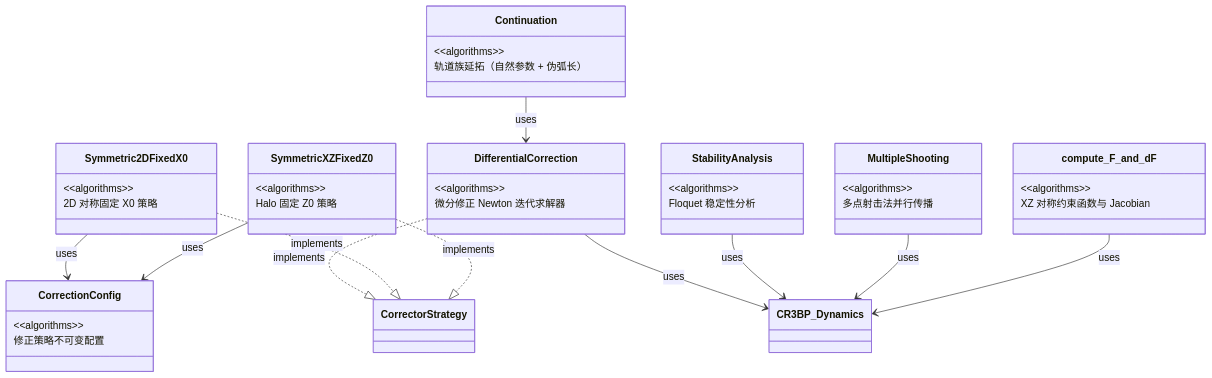
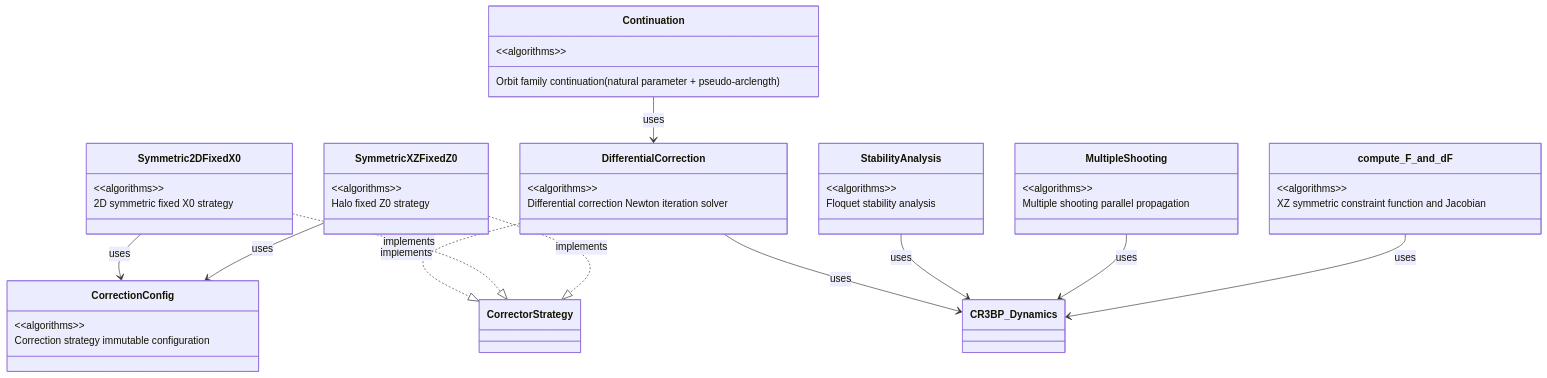
Before and after one commit to cislunarspace/e2m2e: the diagram in website/i18n/en/docusaurus-plugin-content-docs-mbse/current/bdd-algorithms.md, drawn with Mermaid. The commit also changed 58 other files, not shown here.

````diff
--- a/website/i18n/en/docusaurus-plugin-content-docs-mbse/current/bdd-algorithms.md
+++ b/website/i18n/en/docusaurus-plugin-content-docs-mbse/current/bdd-algorithms.md
@@ -1,45 +1,45 @@
 ```mermaid
 classDiagram
     class DifferentialCorrection {
         &lt;&lt;algorithms&gt;&gt;
-        微分修正 Newton 迭代求解器
+        Differential correction Newton iteration solver
     }
     DifferentialCorrection ..|> CorrectorStrategy : implements
     DifferentialCorrection --> CR3BP_Dynamics : uses
     class CorrectionConfig {
         &lt;&lt;algorithms&gt;&gt;
-        修正策略不可变配置
+        Correction strategy immutable configuration
     }
     class Symmetric2DFixedX0 {
         &lt;&lt;algorithms&gt;&gt;
-        2D 对称固定 X0 策略
+        2D symmetric fixed X0 strategy
     }
     Symmetric2DFixedX0 ..|> CorrectorStrategy : implements
     Symmetric2DFixedX0 --> CorrectionConfig : uses
     class SymmetricXZFixedZ0 {
         &lt;&lt;algorithms&gt;&gt;
-        Halo 固定 Z0 策略
+        Halo fixed Z0 strategy
     }
     SymmetricXZFixedZ0 ..|> CorrectorStrategy : implements
     SymmetricXZFixedZ0 --> CorrectionConfig : uses
     class Continuation {
         &lt;&lt;algorithms&gt;&gt;
-        轨道族延拓（自然参数 + 伪弧长）
+        Orbit family continuation (natural parameter + pseudo-arclength)
     }
     Continuation --> DifferentialCorrection : uses
     class StabilityAnalysis {
         &lt;&lt;algorithms&gt;&gt;
-        Floquet 稳定性分析
+        Floquet stability analysis
     }
     StabilityAnalysis --> CR3BP_Dynamics : uses
     class MultipleShooting {
         &lt;&lt;algorithms&gt;&gt;
-        多点射击法并行传播
+        Multiple shooting parallel propagation
     }
     MultipleShooting --> CR3BP_Dynamics : uses
     class compute_F_and_dF {
         &lt;&lt;algorithms&gt;&gt;
-        XZ 对称约束函数与 Jacobian
+        XZ symmetric constraint function and Jacobian
     }
     compute_F_and_dF --> CR3BP_Dynamics : uses
 ```
````
